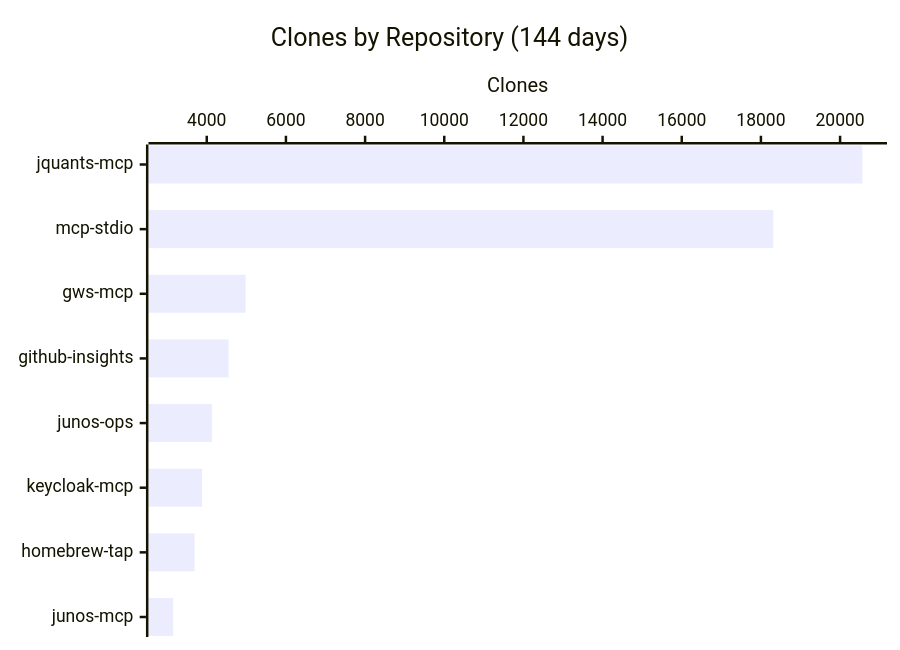
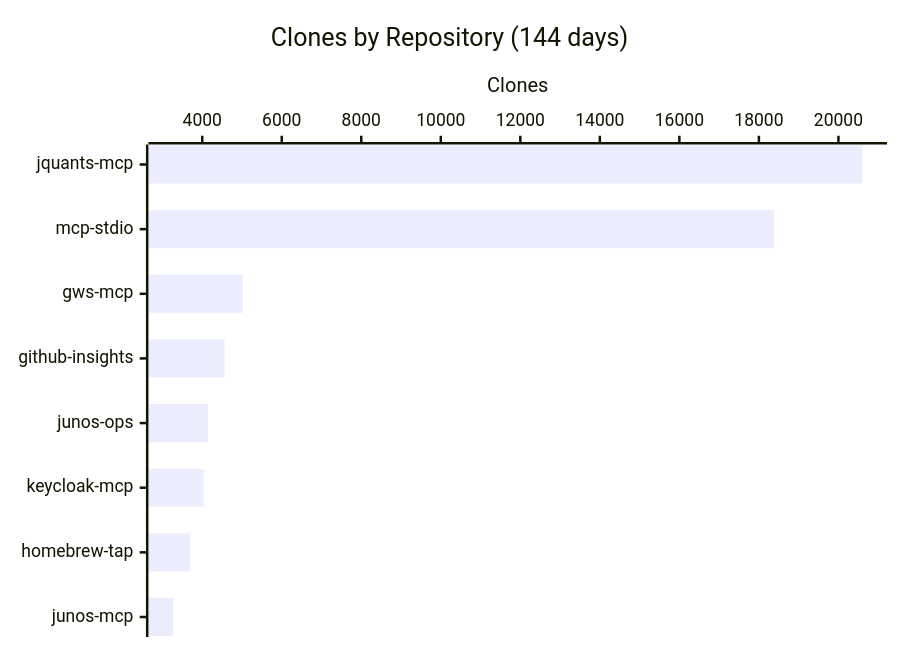
One commit to shigechika/github-insights changed the fourth of 4 diagrams in README.md. Above: the diagram before and after it, drawn with Mermaid. The commit also changed other lines of this file and 2 other files, not shown here.

````diff
--- a/README.md
+++ b/README.md
@@ -58,7 +58,7 @@
 ```mermaid
 xychart-beta horizontal
     title "Clones by Repository (144 days)"
     x-axis ["jquants-mcp", "mcp-stdio", "gws-mcp", "github-insights", "junos-ops", "keycloak-mcp", "homebrew-tap", "junos-mcp"]
     y-axis "Clones"
-    bar [20562, 18312, 4983, 4551, 4130, 3883, 3691, 3150]
+    bar [20601, 18375, 5021, 4560, 4146, 4037, 3694, 3268]
 ```
````
